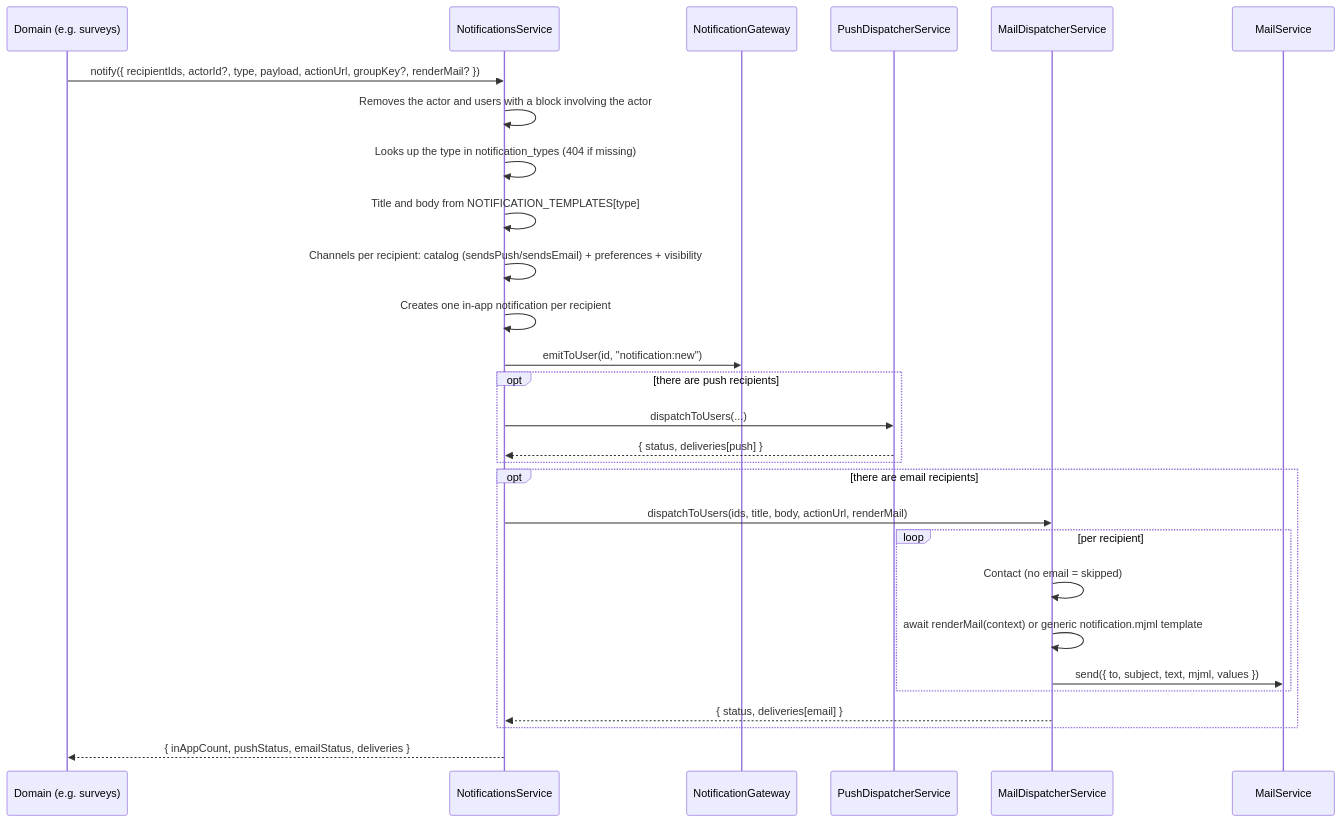
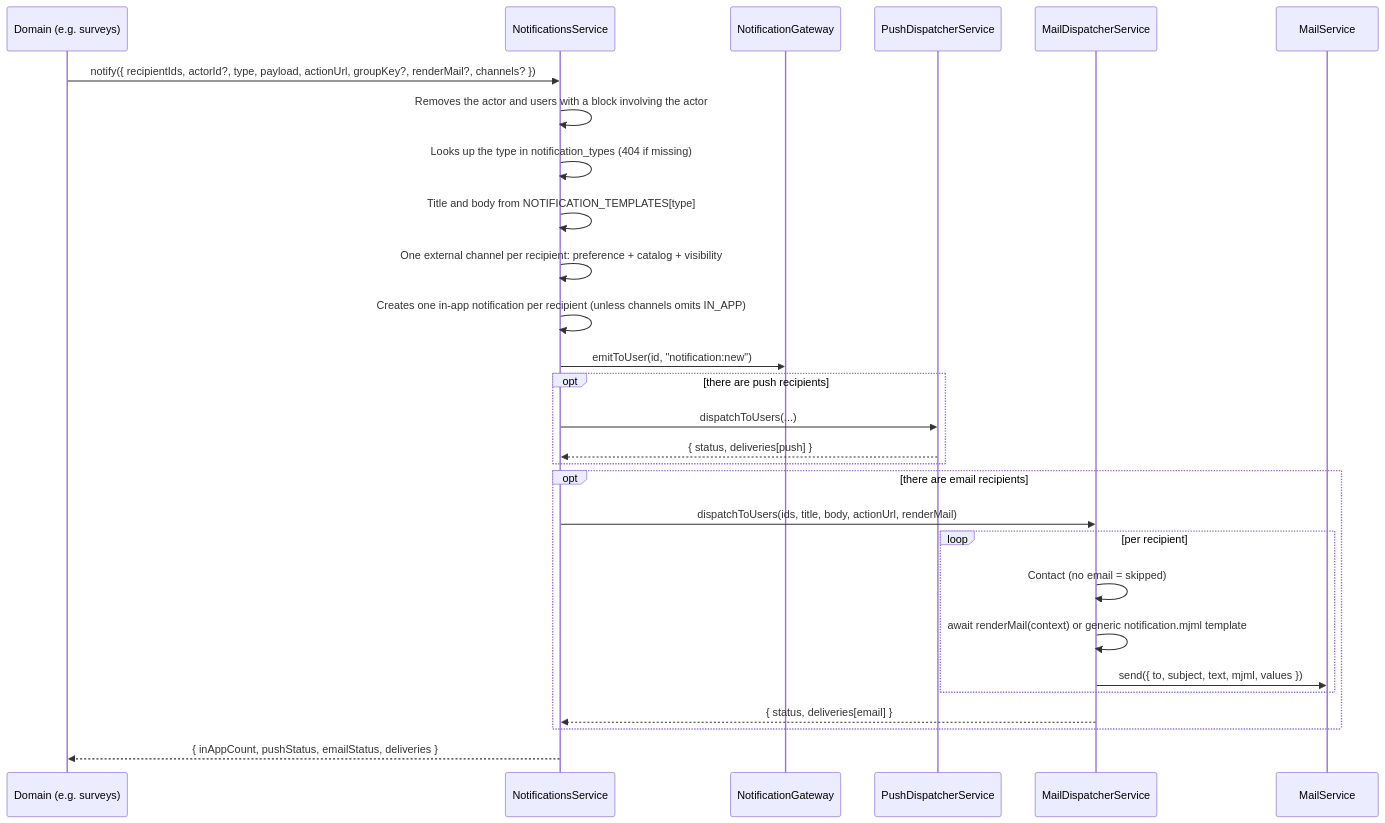
The second of 4 diagrams in docs/notifications/README.md (UMSSY/umssy-app), drawn with Mermaid before and after one commit. The commit also changed other lines of this file and 2 other files, not shown here.

Commit message:
docs: document chat, profile and push flows

````diff
--- a/docs/notifications/README.md
+++ b/docs/notifications/README.md
@@ -42,30 +44,30 @@
 ```mermaid
 sequenceDiagram
   participant D as Domain (e.g. surveys)
   participant N as NotificationsService
   participant G as NotificationGateway
   participant P as PushDispatcherService
   participant M as MailDispatcherService
   participant ML as MailService
-  D->>N: notify({ recipientIds, actorId?, type, payload, actionUrl, groupKey?, renderMail? })
+  D->>N: notify({ recipientIds, actorId?, type, payload, actionUrl, groupKey?, renderMail?, channels? })
   N->>N: Removes the actor and users with a block involving the actor
   N->>N: Looks up the type in notification_types (404 if missing)
   N->>N: Title and body from NOTIFICATION_TEMPLATES[type]
-  N->>N: Channels per recipient: catalog (sendsPush/sendsEmail) + preferences + visibility
-  N->>N: Creates one in-app notification per recipient
+  N->>N: One external channel per recipient: preference + catalog + visibility
+  N->>N: Creates one in-app notification per recipient (unless channels omits IN_APP)
   N->>G: emitToUser(id, "notification:new")
   opt there are push recipients
     N->>P: dispatchToUsers(...)
     P-->>N: { status, deliveries[push] }
   end
   opt there are email recipients
     N->>M: dispatchToUsers(ids, title, body, actionUrl, renderMail)
     loop per recipient
       M->>M: Contact (no email = skipped)
       M->>M: await renderMail(context) or generic notification.mjml template
       M->>ML: send({ to, subject, text, mjml, values })
     end
     M-->>N: { status, deliveries[email] }
   end
   N-->>D: { inAppCount, pushStatus, emailStatus, deliveries }
 ```
````
